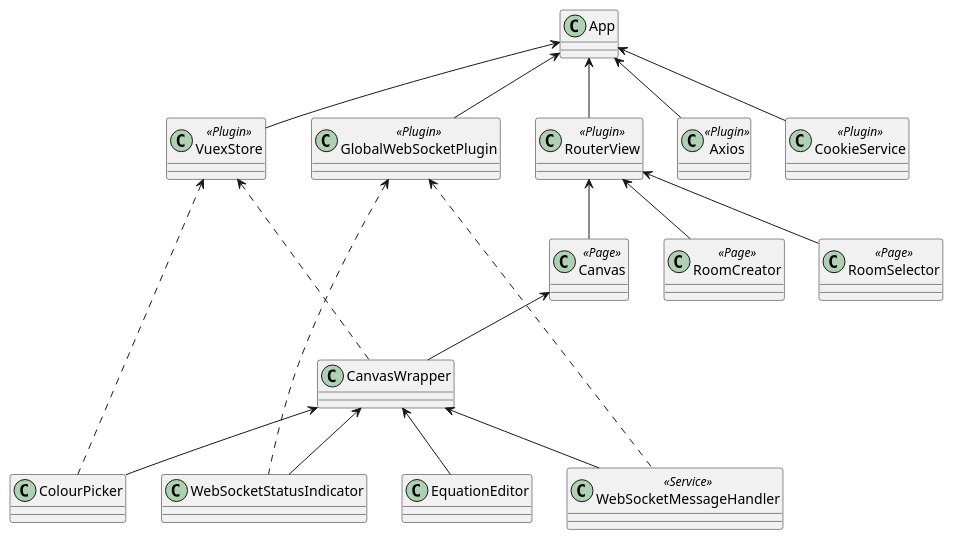
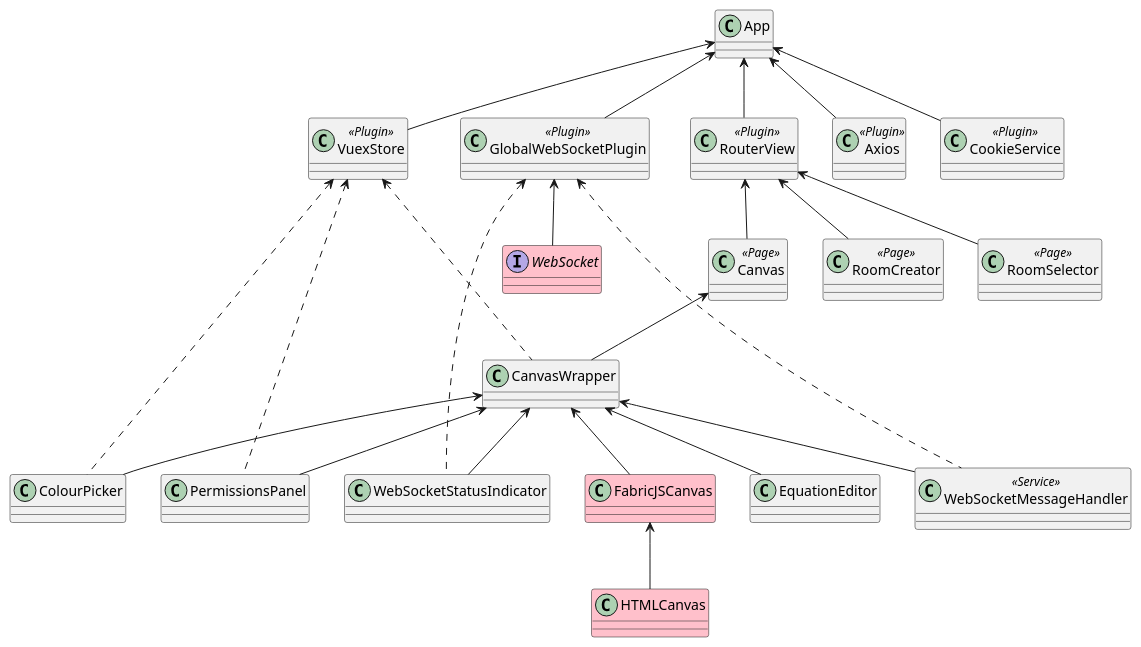
One commit to csworthington/crockr changed the diagram in client/diagrams/ClientComponentStructure.wsd. Above: the diagram before and after it, drawn with PlantUML. The commit also changed 43 other files, not shown here.

```diff
--- a/client/diagrams/ClientComponentStructure.wsd
+++ b/client/diagrams/ClientComponentStructure.wsd
@@ -1,71 +1,89 @@
 @startuml Client Components
 
 class App {}
 
 class RouterView <<Plugin>> {}
 
 class Canvas <<Page>> {}
 
 class RoomCreator <<Page>> {}
 
 class RoomSelector <<Page>> {}
 
 class CanvasWrapper {}
 
 class WebSocketStatusIndicator {}
 
 class ColourPicker {}
 
 class EquationEditor {}
 
 class VuexStore <<Plugin>> {}
 
 class GlobalWebSocketPlugin <<Plugin>> {}
 
 class Axios <<Plugin>> {}
 
 class CookieService <<Plugin>> {}
 
 class WebSocketMessageHandler <<Service>> {}
 
+interface WebSocket #pink {}
+
+class HTMLCanvas #pink {}
+
+class FabricJSCanvas #pink {}
+
+class PermissionsPanel {}
+
 
 VuexStore -[hidden]> GlobalWebSocketPlugin
 GlobalWebSocketPlugin -[hidden]> RouterView
 RouterView -[hidden]> Axios
 Axios -[hidden]> CookieService
 
 App <-- RouterView
 
 App <-- VuexStore
 
 App <-- Axios
 
 App <-- CookieService
 
 App <-- GlobalWebSocketPlugin
+
+GlobalWebSocketPlugin <-- WebSocket
 
 RouterView <-- Canvas
 
 RouterView <-- RoomSelector
 
 RouterView <-- RoomCreator
 
 Canvas <-- CanvasWrapper
 
 CanvasWrapper <-- WebSocketStatusIndicator
 
 CanvasWrapper <-- ColourPicker
 
 CanvasWrapper <-- EquationEditor
 
 CanvasWrapper <-- WebSocketMessageHandler
 
+CanvasWrapper <-- FabricJSCanvas
+
+CanvasWrapper <-- PermissionsPanel
+
+FabricJSCanvas <-- HTMLCanvas
+
 VuexStore <.. CanvasWrapper
 
 VuexStore <.. ColourPicker
+
+VuexStore <.. PermissionsPanel
 
 GlobalWebSocketPlugin <.. WebSocketStatusIndicator
 
 GlobalWebSocketPlugin <.. WebSocketMessageHandler
 
 @enduml
```
